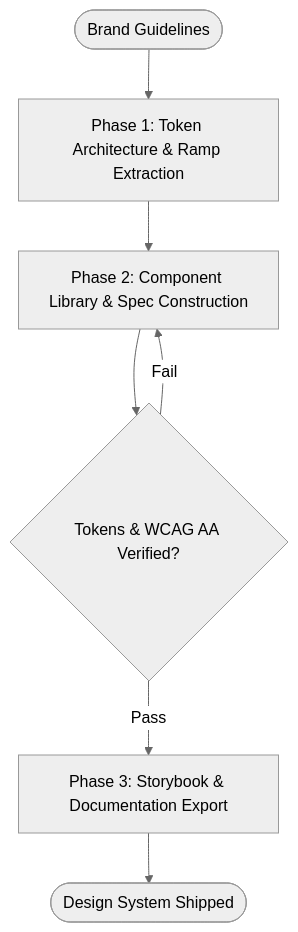
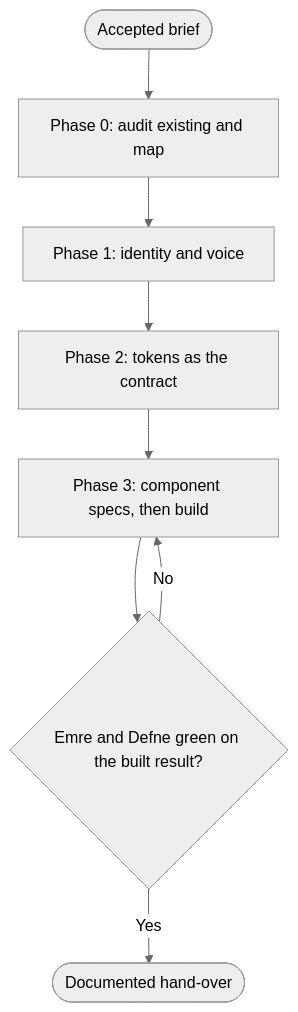
One commit to NeoAnthropocene/agents-united changed the diagram in registry/skills/workflow-agency-brand-design-system/SKILL.md. Above: the diagram before and after it, drawn with Mermaid (neutral theme). The commit also changed other lines of this file and 14 other files, not shown here.

````diff
--- a/registry/skills/workflow-agency-brand-design-system/SKILL.md
+++ b/registry/skills/workflow-agency-brand-design-system/SKILL.md
@@ -21,9 +25,10 @@
 ```mermaid
 graph TD
-    Start([Brand Guidelines]) --> P1[Phase 1: Token Architecture & Ramp Extraction]
-    P1 --> P2[Phase 2: Component Library & Spec Construction]
-    P2 --> Gate1{"Tokens & WCAG AA Verified?"}
-    Gate1 -->|Fail| P2
-    Gate1 -->|Pass| P3[Phase 3: Storybook & Documentation Export]
-    P3 --> Done([Design System Shipped])
+    B([Accepted brief]) --> P0[Phase 0: audit existing and map]
+    P0 --> P1[Phase 1: identity and voice]
+    P1 --> P2[Phase 2: tokens as the contract]
+    P2 --> P3[Phase 3: component specs, then build]
+    P3 --> G{Emre and Defne green on the built result?}
+    G -->|No| P3
+    G -->|Yes| Done([Documented hand-over])
 ```
````
